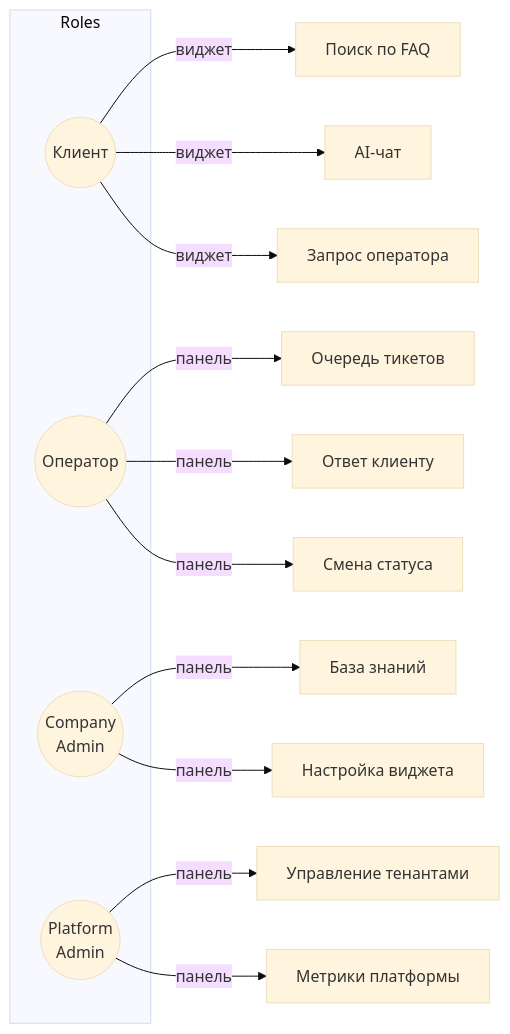
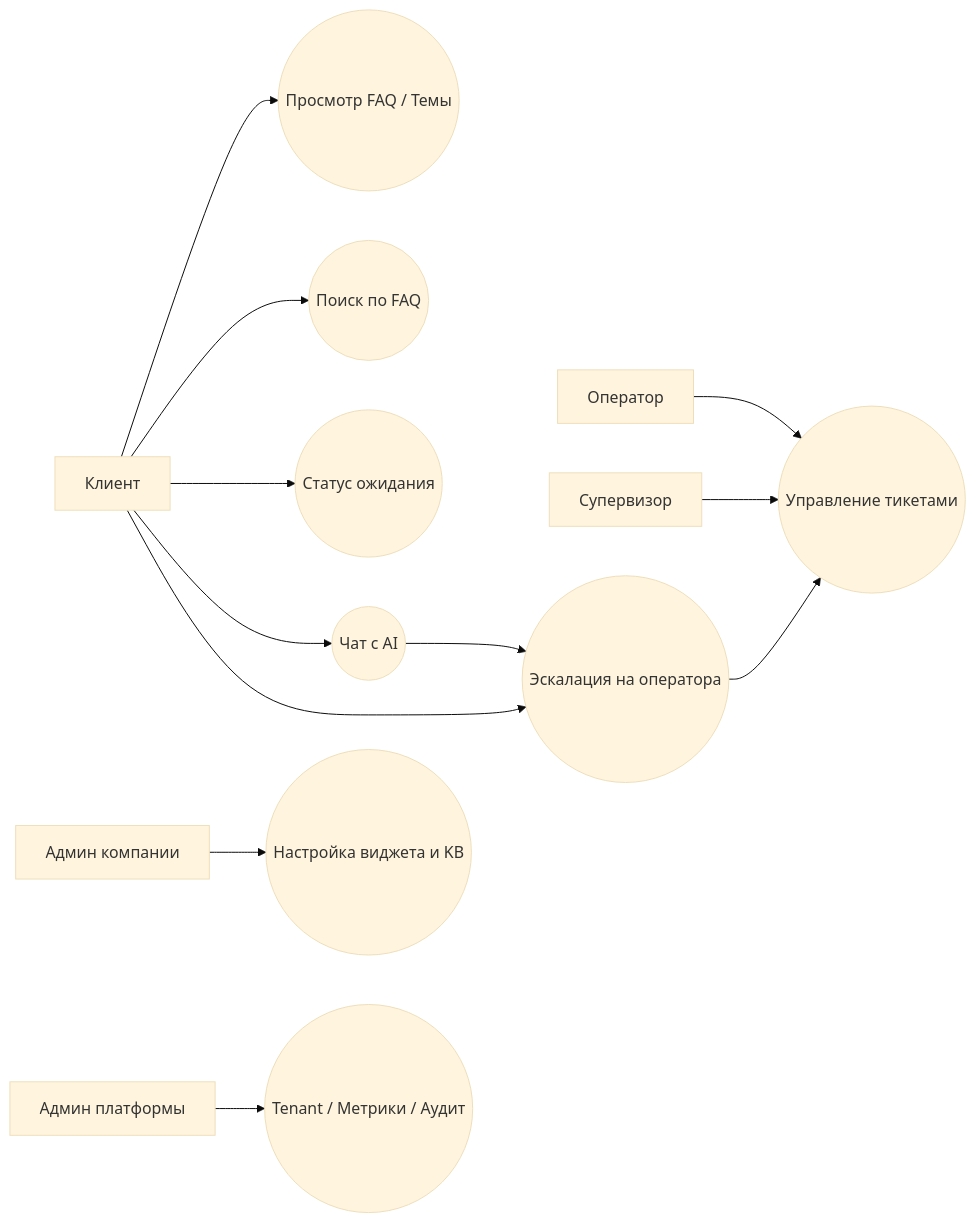
One commit to keshtoim/SupportPulse changed the fifth of 5 diagrams in README.md. Above: the diagram before and after it, drawn with Mermaid (base theme). The commit also changed other lines of this file, not shown here.

````diff
--- a/README.md
+++ b/README.md
@@ -240,23 +300,31 @@
 ```mermaid
 flowchart LR
-    subgraph Roles
-        CL((Клиент))
-        OP((Оператор))
-        CA((Company\nAdmin))
-        PA((Platform\nAdmin))
-    end
+    Client[Клиент]
+    Operator[Оператор]
+    Supervisor[Супервизор]
+    AdminComp[Админ компании]
+    AdminPlat[Админ платформы]
 
-    CL -->|виджет| FAQ[Поиск по FAQ]
-    CL -->|виджет| CHAT[AI-чат]
-    CL -->|виджет| ESC[Запрос оператора]
+    UC_FAQ((Просмотр FAQ / Темы))
+    UC_Search((Поиск по FAQ))
+    UC_Wait((Статус ожидания))
+    UC_ChatAI((Чат с AI))
+    UC_Escalate((Эскалация на оператора))
+    UC_Tickets((Управление тикетами))
+    UC_Settings((Настройка виджета и KB))
+    UC_Global((Tenant / Метрики / Аудит))
 
-    OP -->|панель| QUEUE[Очередь тикетов]
-    OP -->|панель| REPLY[Ответ клиенту]
-    OP -->|панель| STATUS[Смена статуса]
+    Client --> UC_FAQ
+    Client --> UC_Search
+    Client --> UC_Wait
+    Client --> UC_ChatAI
+    Client --> UC_Escalate
+    
+    UC_ChatAI --> UC_Escalate
+    UC_Escalate --> UC_Tickets
 
-    CA -->|панель| KB[База знаний]
-    CA -->|панель| WC[Настройка виджета]
-
-    PA -->|панель| TEN[Управление тенантами]
-    PA -->|панель| MET[Метрики платформы]
+    Operator --> UC_Tickets
+    Supervisor --> UC_Tickets
+    AdminComp --> UC_Settings
+    AdminPlat --> UC_Global
 ```
````
